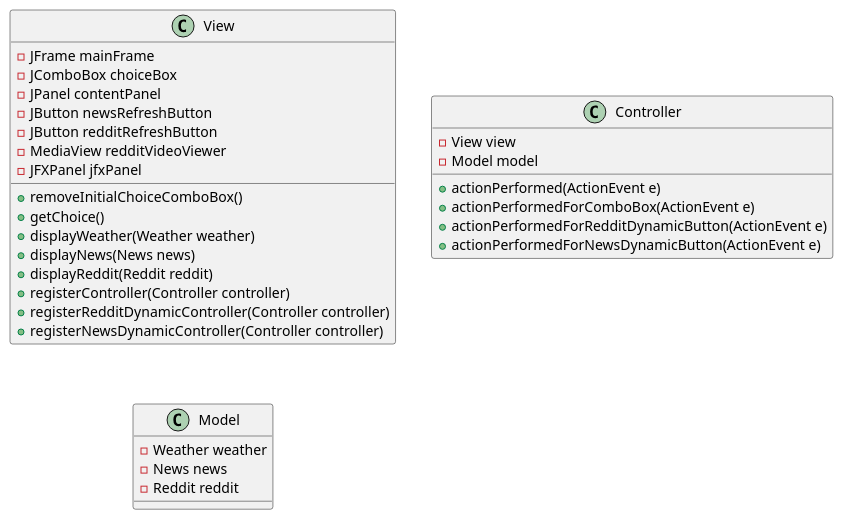
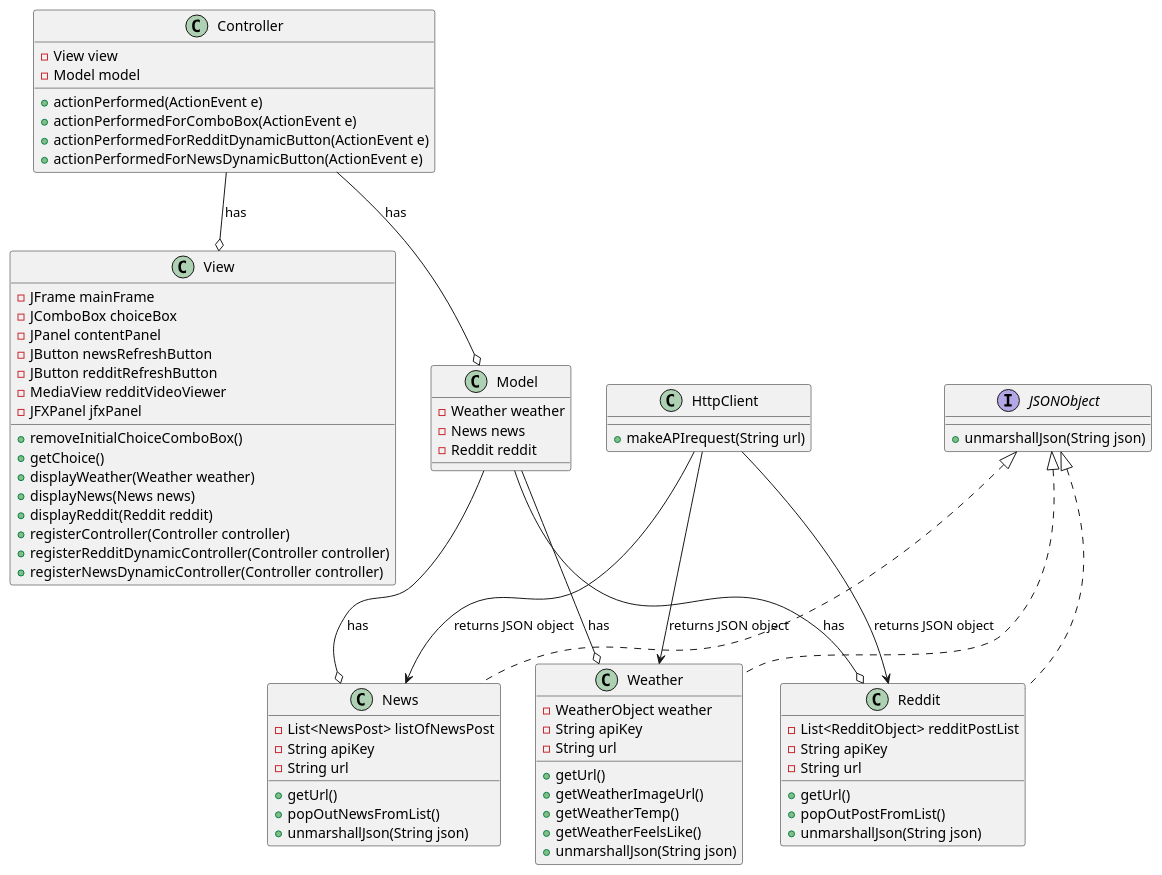
One commit to tanrachel/fidgetApp changed the diagram in uml.puml. Above: the diagram before and after it, drawn with PlantUML. The commit also changed 1 other file, not shown here.

```diff
--- a/uml.puml
+++ b/uml.puml
@@ -1,36 +1,84 @@
 @startuml
 class View {
 
     -JFrame mainFrame
     -JComboBox choiceBox
     -JPanel contentPanel
     -JButton newsRefreshButton
     -JButton redditRefreshButton
     -MediaView redditVideoViewer
     -JFXPanel jfxPanel
     +removeInitialChoiceComboBox()
     +getChoice()
     +displayWeather(Weather weather)
     +displayNews(News news)
     +displayReddit(Reddit reddit)
     +registerController(Controller controller)
     +registerRedditDynamicController(Controller controller)
     +registerNewsDynamicController(Controller controller)
 }
 
 class Controller {
     -View view
     -Model model
     +actionPerformed(ActionEvent e)
     +actionPerformedForComboBox(ActionEvent e)
     +actionPerformedForRedditDynamicButton(ActionEvent e)
     +actionPerformedForNewsDynamicButton(ActionEvent e)
 }
 
 class Model {
     -Weather weather
     -News news
     -Reddit reddit
 }
 
+interface JSONObject {
+   +unmarshallJson(String json)
+}
+
+class Weather implements JSONObject {
+    -WeatherObject weather
+    -String apiKey
+    -String url
+    +getUrl()
+    +getWeatherImageUrl()
+    +getWeatherTemp()
+    +getWeatherFeelsLike()
+    +unmarshallJson(String json)
+}
+
+class News implements JSONObject {
+        -List<NewsPost> listOfNewsPost
+        -String apiKey
+        -String url
+        +getUrl()
+        +popOutNewsFromList()
+        +unmarshallJson(String json)
+
+}
+
+class Reddit implements JSONObject {
+        -List<RedditObject> redditPostList
+        -String apiKey
+        -String url
+        +getUrl()
+        +popOutPostFromList()
+        +unmarshallJson(String json)
+}
+
+class HttpClient {
+    +makeAPIrequest(String url)
+}
+
+Model --o Weather : has
+Model --o News : has
+Model --o Reddit : has
+
+Controller --o View : has
+Controller --o Model : has
+
+HttpClient --> News : returns JSON object
+HttpClient --> Reddit : returns JSON object
+HttpClient --> Weather : returns JSON object
 @enduml
```
